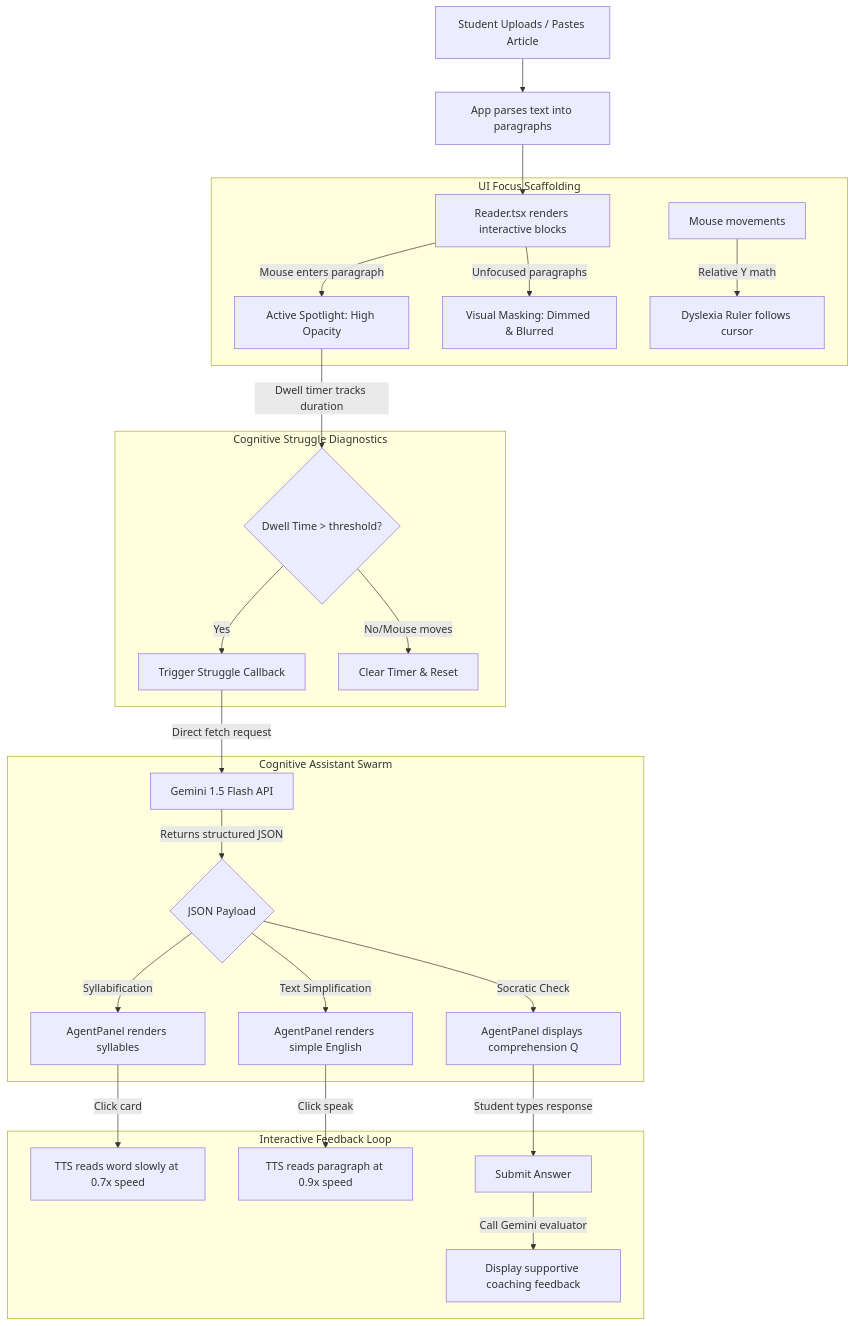
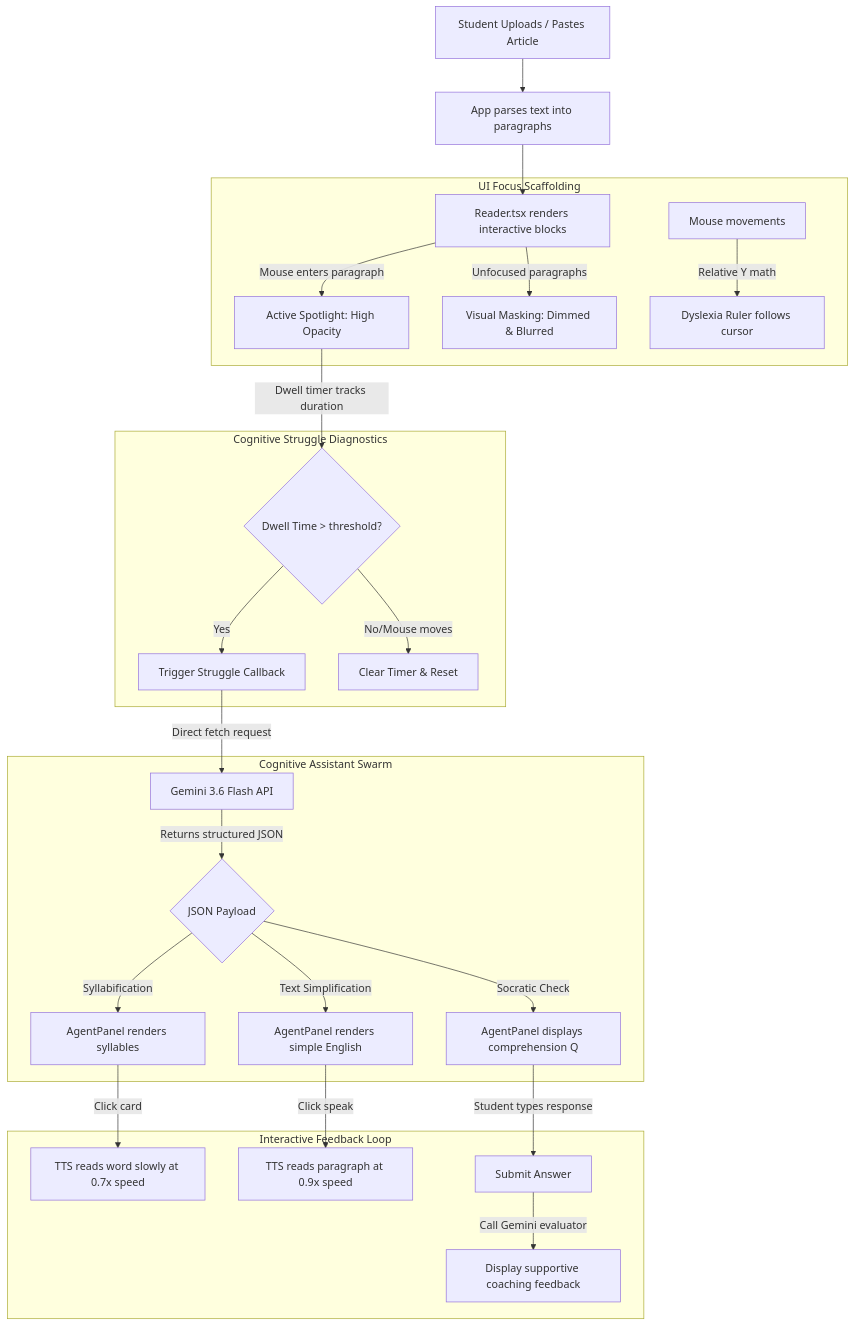
One commit to riyanshika7/dyslexiflow changed the diagram in README.md. Above: the diagram before and after it, drawn with Mermaid. The commit also changed other lines of this file, not shown here.

Commit message:
docs: update README.md with hackathon details, architecture, and roles

````diff
--- a/README.md
+++ b/README.md
@@ -11,32 +30,32 @@
 ```mermaid
 graph TD
     A[Student Uploads / Pastes Article] --> B[App parses text into paragraphs]
     B --> C[Reader.tsx renders interactive blocks]
     
     subgraph UI Focus Scaffolding
         C -->|Mouse enters paragraph| D[Active Spotlight: High Opacity]
         C -->|Unfocused paragraphs| E[Visual Masking: Dimmed & Blurred]
         F[Mouse movements] -->|Relative Y math| G[Dyslexia Ruler follows cursor]
     end
 
     subgraph Cognitive Struggle Diagnostics
         D -->|Dwell timer tracks duration| H{Dwell Time > threshold?}
         H -->|Yes| I[Trigger Struggle Callback]
         H -->|No/Mouse moves| J[Clear Timer & Reset]
     end
 
     subgraph Cognitive Assistant Swarm
-        I -->|Direct fetch request| K[Gemini 1.5 Flash API]
+        I -->|Direct fetch request| K[Gemini 3.6 Flash API]
         K -->|Returns structured JSON| L{JSON Payload}
         L -->|Syllabification| M[AgentPanel renders syllables]
         L -->|Text Simplification| N[AgentPanel renders simple English]
         L -->|Socratic Check| O[AgentPanel displays comprehension Q]
     end
 
     subgraph Interactive Feedback Loop
         M -->|Click card| P[TTS reads word slowly at 0.7x speed]
         N -->|Click speak| Q[TTS reads paragraph at 0.9x speed]
         O -->|Student types response| R[Submit Answer]
         R -->|Call Gemini evaluator| S[Display supportive coaching feedback]
     end
 ```
````
